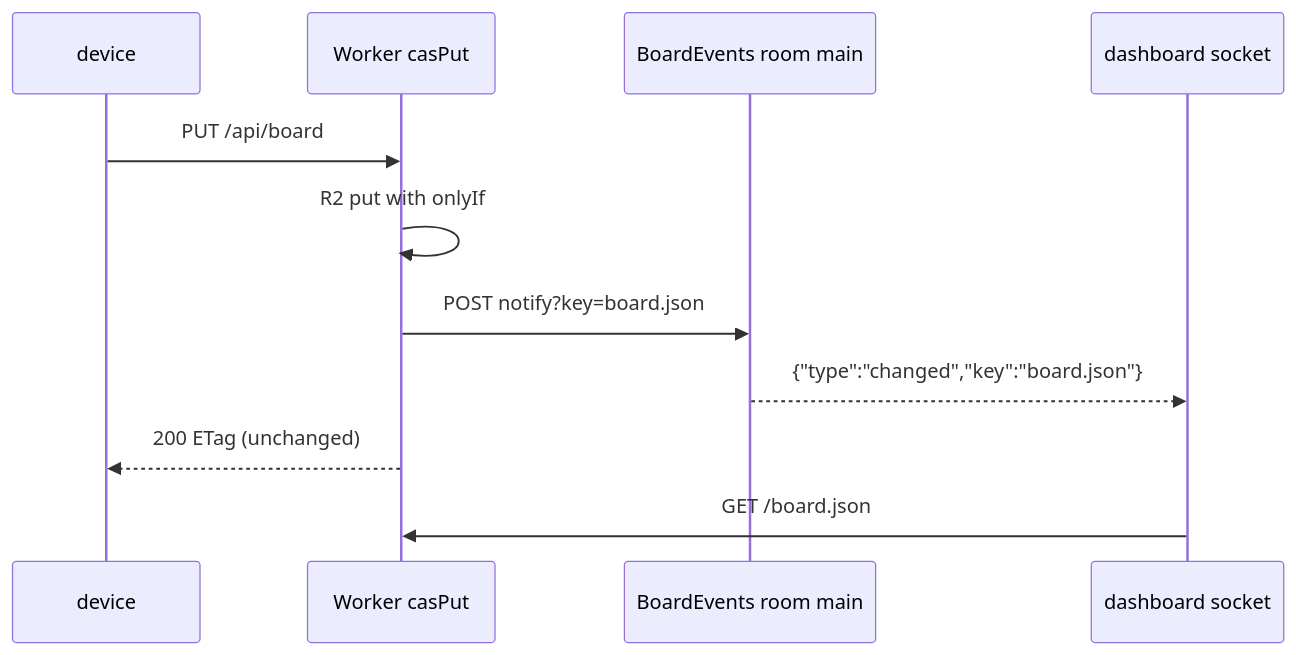
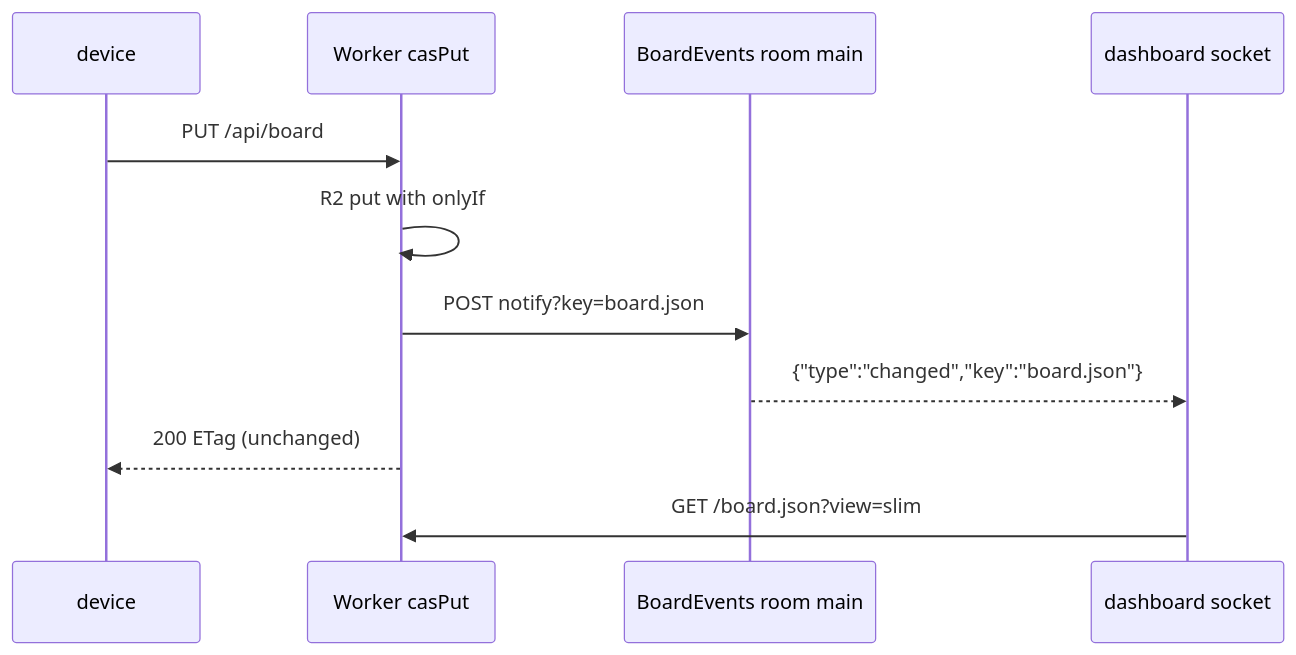
One commit to superhussain/factory changed the first of 2 diagrams in docs/architecture.md. Above: the diagram before and after it, drawn with Mermaid. The commit also changed other lines of this file, not shown here.

Commit message:
Document the slim board read

````diff
--- a/docs/architecture.md
+++ b/docs/architecture.md
@@ -277,13 +277,13 @@
 ```mermaid
 sequenceDiagram
   participant D as device
   participant W as Worker casPut
   participant R as BoardEvents room main
   participant B as dashboard socket
   D->>W: PUT /api/board
   W->>W: R2 put with onlyIf
   W->>R: POST notify?key=board.json
   R-->>B: {"type":"changed","key":"board.json"}
   W-->>D: 200 ETag (unchanged)
-  B->>W: GET /board.json
+  B->>W: GET /board.json?view=slim
 ```
````
